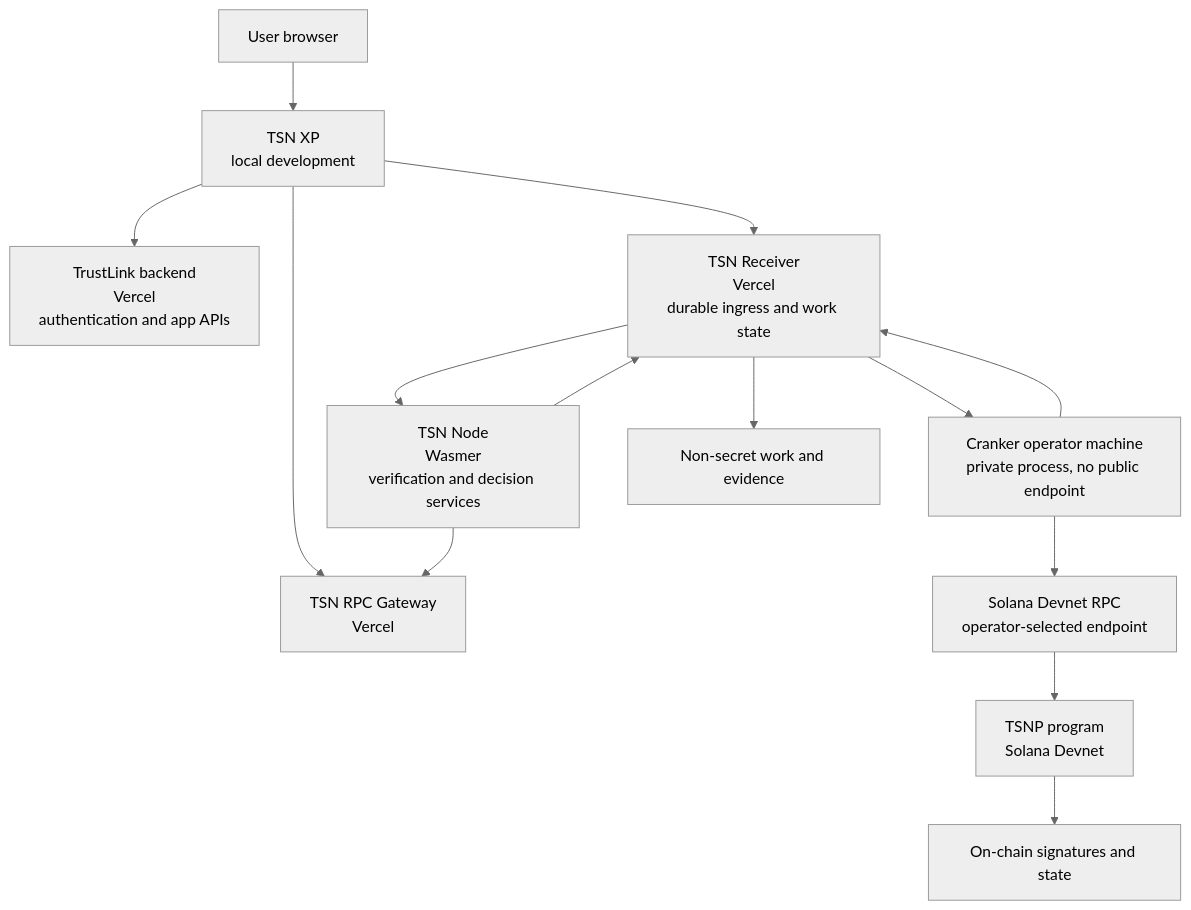
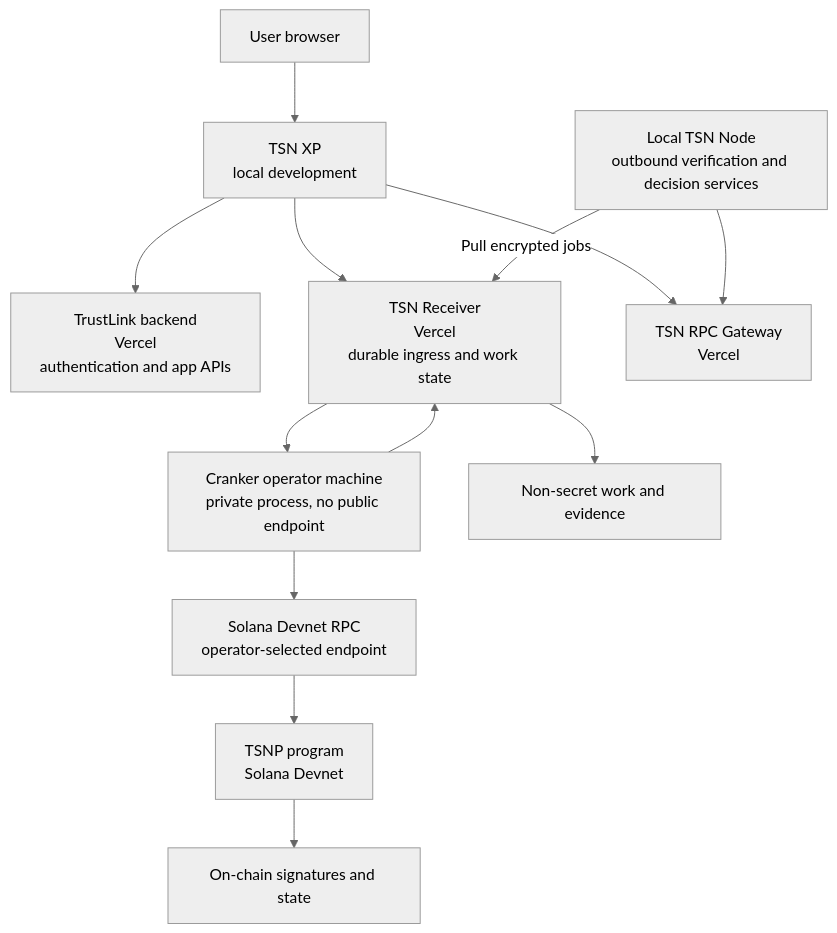
Before and after one commit to bigdreamsweb3/trustlink-pay: the diagram in docs/SERVICE-HOSTING.md, drawn with Mermaid (neutral theme). The commit also changed other lines of this file and 363 other files, not shown here.

````diff
--- a/docs/SERVICE-HOSTING.md
+++ b/docs/SERVICE-HOSTING.md
@@ -28,19 +32,18 @@
 ```mermaid
 flowchart TD
     USER["User browser"] --> FRONTEND["TSN XP\nlocal development"]
     FRONTEND --> BACKEND["TrustLink backend\nVercel\nauthentication and app APIs"]
     FRONTEND --> RECEIVER["TSN Receiver\nVercel\ndurable ingress and work state"]
     FRONTEND --> RPC["TSN RPC Gateway\nVercel"]
 
-    RECEIVER --> NODE["TSN Node\nWasmer\nverification and decision services"]
-    NODE --> RECEIVER
+    NODE["Local TSN Node\noutbound verification and decision services"] -->|"Pull encrypted jobs"| RECEIVER
     NODE --> RPC
 
     RECEIVER --> CRANKER["Cranker operator machine\nprivate process, no public endpoint"]
     CRANKER --> RECEIVER
     CRANKER --> SOLANA_RPC["Solana Devnet RPC\noperator-selected endpoint"]
 
     SOLANA_RPC --> PROGRAM["TSNP program\nSolana Devnet"]
     PROGRAM --> RECEIPTS["On-chain signatures and state"]
     RECEIVER --> EVIDENCE["Non-secret work and evidence"]
 ```
````
